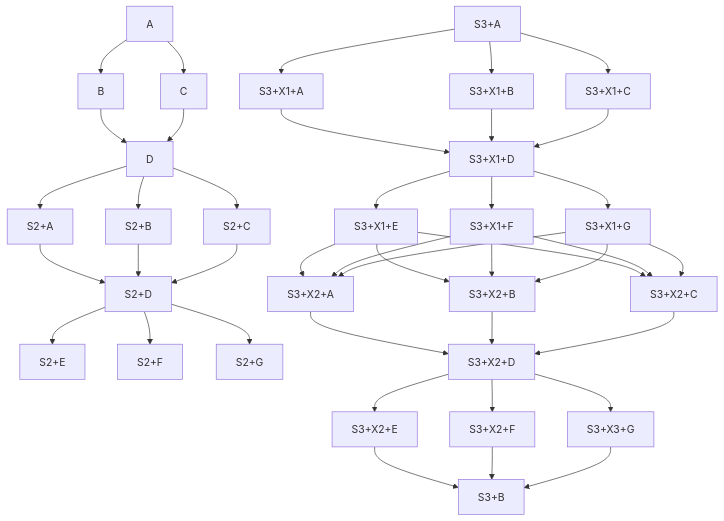
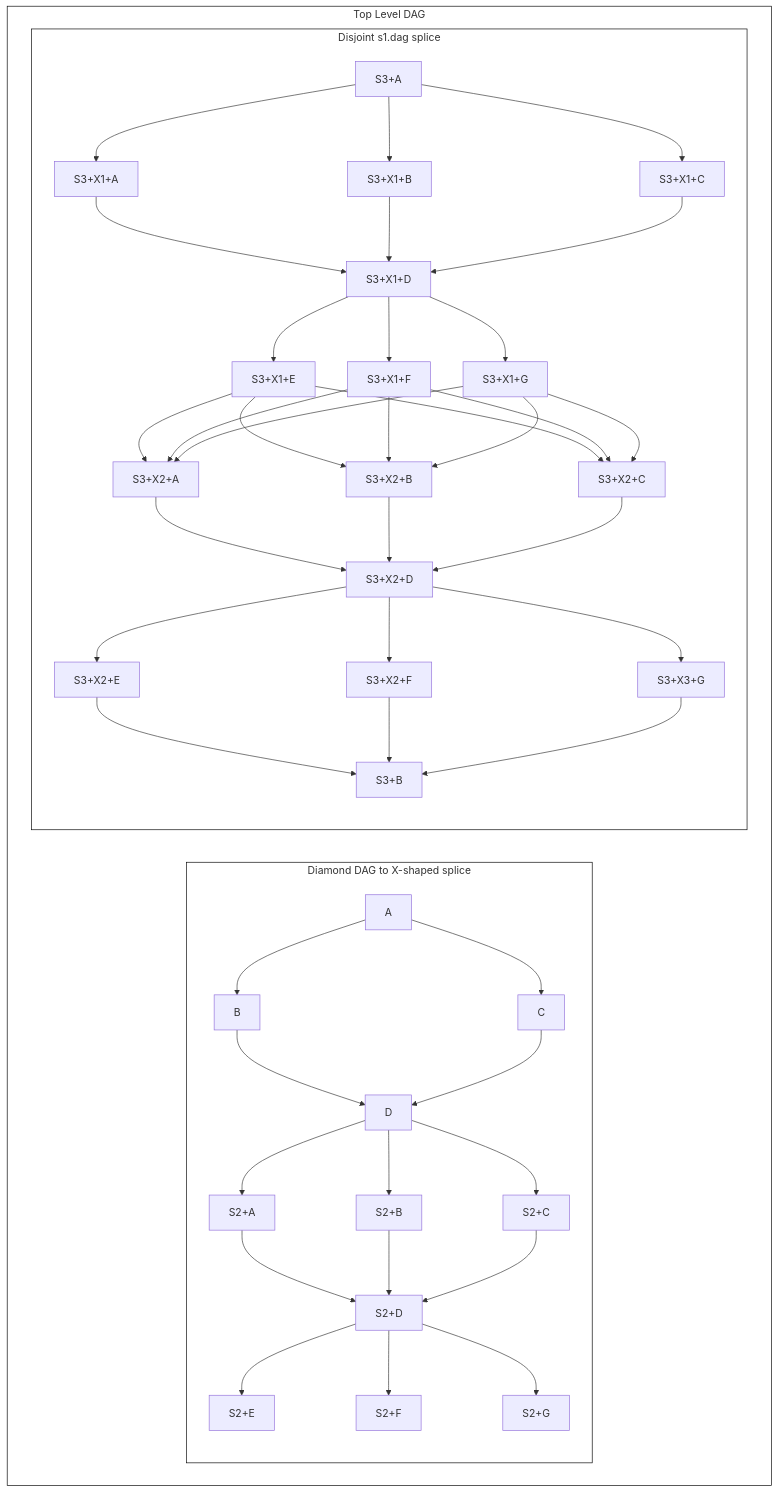
One commit to htcondor/htcondor changed the fifth of 5 diagrams in docs/automated-workflows/dagman-using-other-dags.rst. Above: the diagram before and after it, drawn with Mermaid. The commit also changed other lines of this file, not shown here.

Commit message:
HTCONDOR-2284: DAGMan doc reorg| DAG w/ DAGs cleanup

```diff
--- a/docs/automated-workflows/dagman-using-other-dags.rst
+++ b/docs/automated-workflows/dagman-using-other-dags.rst
@@ -553,18 +499,30 @@
 .. mermaid::
-   :caption: The complex splice example DAG.
+   :caption: Disjointed Splice Example Visualized
    :align: center
 
    flowchart TD
-    A --> B & C
-    B & C --> D
-    D --> S2+A & S2+B & S2+C
-    S2+A & S2+B & S2+C --> S2+D
-    S2+D --> S2+E & S2+F & S2+G
+    subgraph TOP[Top Level DAG]
+     subgraph DG1[Diamond DAG to X-shaped splice]
+      direction TB
+      A --> B & C
+      B & C --> D
+      D --> S2+A & S2+B & S2+C
+      S2+A & S2+B & S2+C --> S2+D
+      S2+D --> S2+E & S2+F & S2+G
+     end
 
-    S3+A --> S3+X1+A & S3+X1+B & S3+X1+C
-    S3+X1+A & S3+X1+B & S3+X1+C --> S3+X1+D
-    S3+X1+D --> S3+X1+E & S3+X1+F & S3+X1+G
-    S3+X1+E & S3+X1+F & S3+X1+G --> S3+X2+A & S3+X2+B & S3+X2+C
-    S3+X2+A & S3+X2+B & S3+X2+C --> S3+X2+D
-    S3+X2+D --> S3+X2+E & S3+X2+F & S3+X3+G
-    S3+X2+E & S3+X2+F & S3+X3+G --> S3+B
+     subgraph DG2[Disjoint s1.dag splice]
+      direction TB
+      S3+A --> S3+X1+A & S3+X1+B & S3+X1+C
+      S3+X1+A & S3+X1+B & S3+X1+C --> S3+X1+D
+      S3+X1+D --> S3+X1+E & S3+X1+F & S3+X1+G
+      S3+X1+E & S3+X1+F & S3+X1+G --> S3+X2+A & S3+X2+B & S3+X2+C
+      S3+X2+A & S3+X2+B & S3+X2+C --> S3+X2+D
+      S3+X2+D --> S3+X2+E & S3+X2+F & S3+X3+G
+      S3+X2+E & S3+X2+F & S3+X3+G --> S3+B
+     end
+    end
+
+    style TOP fill:#FFF,stroke:#000
+    style DG1 fill:#FFF,stroke:#000
+    style DG2 fill:#FFF,stroke:#000
```
